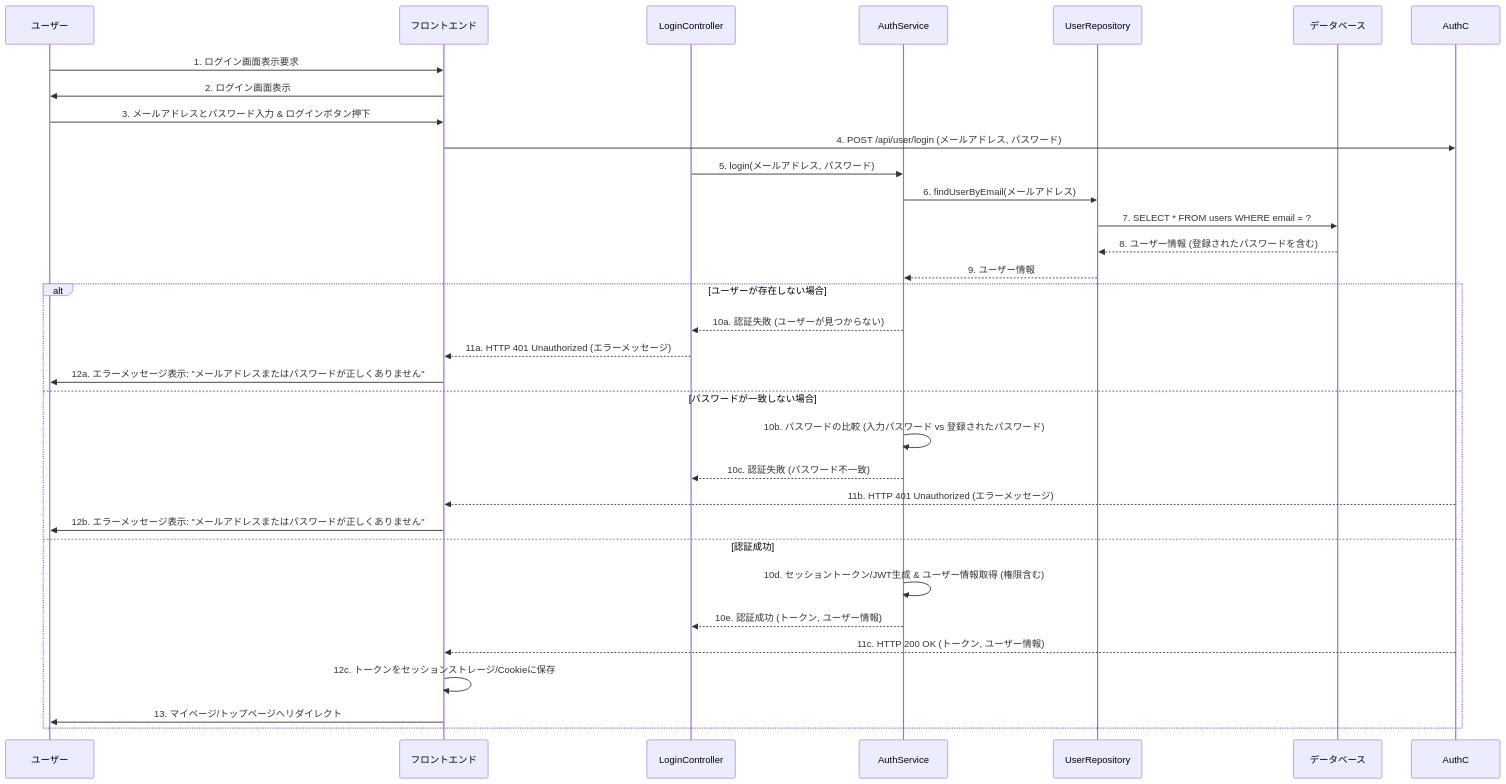
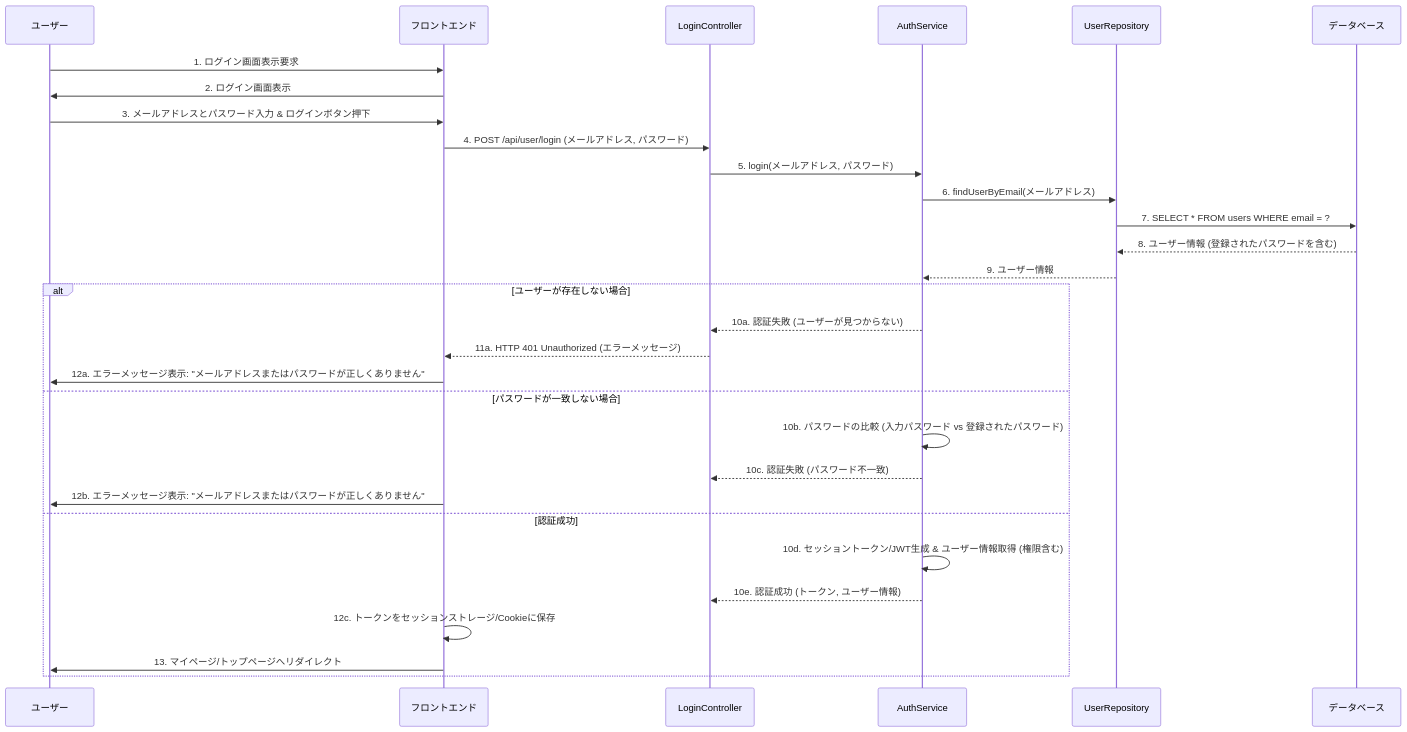
The eighth of 13 diagrams in 詳細設計/詳細設計.md (Hinako-Kimura127/neko), drawn with Mermaid before and after one commit. The commit also changed other lines of this file, not shown here.

````diff
--- a/詳細設計/詳細設計.md
+++ b/詳細設計/詳細設計.md
@@ -327,37 +327,35 @@
 ```mermaid
 sequenceDiagram
     participant User as ユーザー
     participant FE as フロントエンド
     participant LogC as LoginController
     participant AuthS as AuthService
     participant UserR as UserRepository
     participant DB as データベース
  
     User->>FE: 1. ログイン画面表示要求
     FE->>User: 2. ログイン画面表示
     User->>FE: 3. メールアドレスとパスワード入力 & ログインボタン押下
-    FE->>AuthC: 4. POST /api/user/login (メールアドレス, パスワード)
  
+    FE ->> LogC: 4. POST /api/user/login (メールアドレス, パスワード)
     LogC->>AuthS: 5. login(メールアドレス, パスワード)
     AuthS->>UserR: 6. findUserByEmail(メールアドレス)
     UserR->>DB: 7. SELECT * FROM users WHERE email = ?
     DB-->>UserR: 8. ユーザー情報 (登録されたパスワードを含む)
     UserR-->>AuthS: 9. ユーザー情報
  
     alt ユーザーが存在しない場合
         AuthS-->>LogC: 10a. 認証失敗 (ユーザーが見つからない)
         LogC-->>FE: 11a. HTTP 401 Unauthorized (エラーメッセージ)
         FE->>User: 12a. エラーメッセージ表示: "メールアドレスまたはパスワードが正しくありません"
     else パスワードが一致しない場合
         AuthS->>AuthS: 10b. パスワードの比較 (入力パスワード vs 登録されたパスワード)
         AuthS-->>LogC: 10c. 認証失敗 (パスワード不一致)
-        AuthC-->>FE: 11b. HTTP 401 Unauthorized (エラーメッセージ)
         FE->>User: 12b. エラーメッセージ表示: "メールアドレスまたはパスワードが正しくありません"
     else 認証成功
         AuthS->>AuthS: 10d. セッショントークン/JWT生成 & ユーザー情報取得 (権限含む)
         AuthS-->>LogC: 10e. 認証成功 (トークン, ユーザー情報)
-        AuthC-->>FE: 11c. HTTP 200 OK (トークン, ユーザー情報)
         FE->>FE: 12c. トークンをセッションストレージ/Cookieに保存
         FE->>User: 13. マイページ/トップページへリダイレクト
     end
 ```
````
